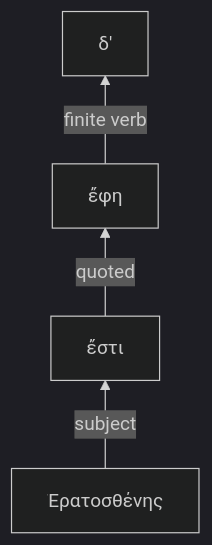
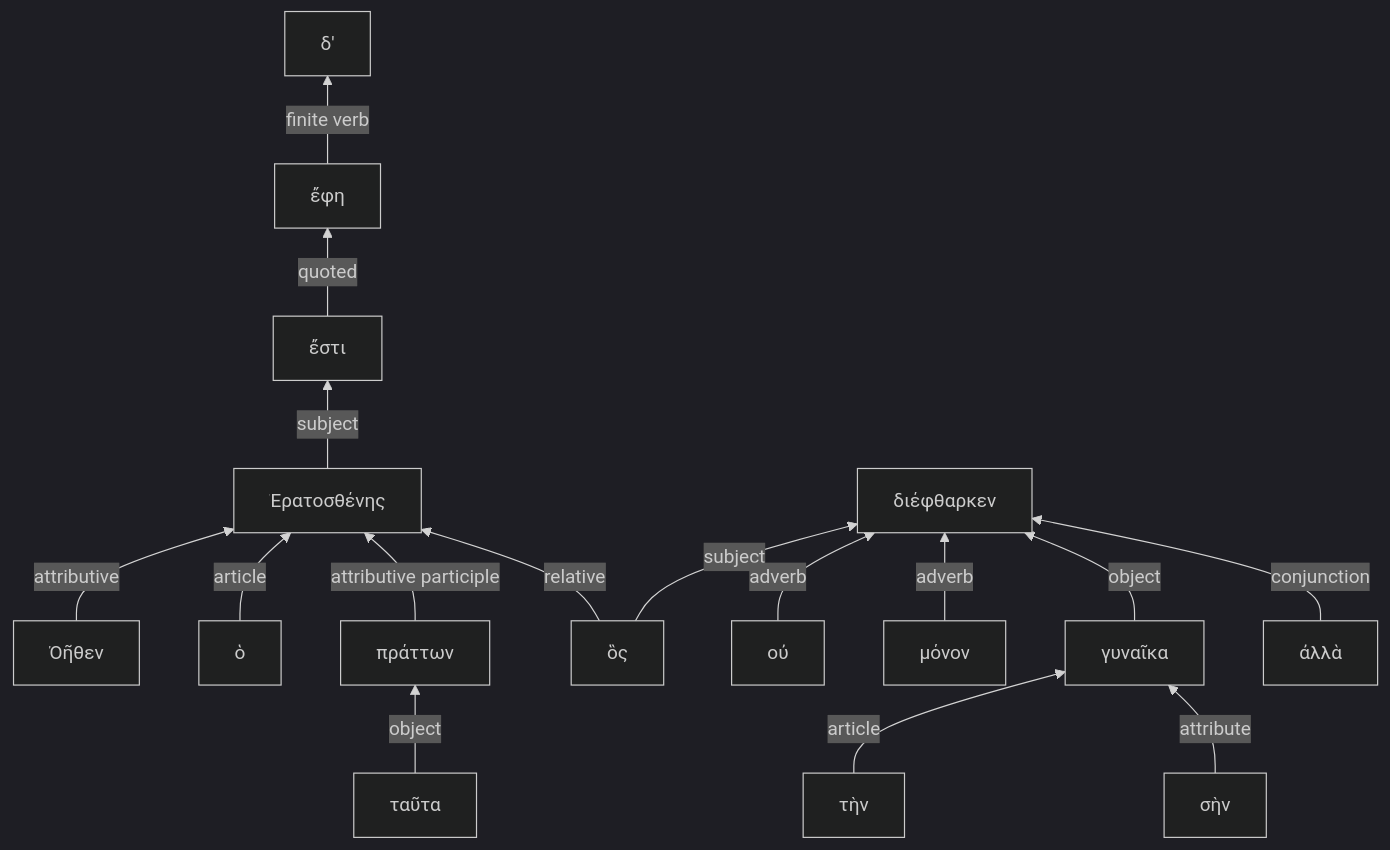
The diagram in example2.md (neelsmith/GreekAndLatinSyntax), drawn with Mermaid (dark theme) before and after one commit. The commit also changed other lines of this file, not shown here.

Commit message:
Work on example

````diff
--- a/example2.md
+++ b/example2.md
@@ -3,11 +3,31 @@
 ```mermaid
 graph BT;
 
 
 5142028[ἔφη] --> |finite verb| 5142027[δ'];
 
 
 5142026[ἔστι] --> |quoted| 5142028[ἔφη];
 5142029[Ἐρατοσθένης] --> |subject| 5142026[ἔστι];
 
+5142030[Ὀῆθεν] --> |attributive| 5142029[Ἐρατοσθένης];
+5142031[ὁ] --> |article| 5142029[Ἐρατοσθένης];
+
+5142033[πράττων] --> |attributive participle| 5142029[Ἐρατοσθένης];
+5142032[ταῦτα] --> |object| 5142033[πράττων] ;
+
+5142035[ὃς] --> |relative| 5142029[Ἐρατοσθένης];
+5142040[γυναῖκα] --> |object| 5142041[διέφθαρκεν];
+5142035[ὃς] -->  |subject| 5142041[διέφθαρκεν];
+5142036[οὐ] --> |adverb| 5142041[διέφθαρκεν];
+5142037[μόνον] --> |adverb| 5142041[διέφθαρκεν];
+5142038[τὴν] --> |article| 5142040[γυναῖκα];
+5142039[σὴν] --> |attribute| 5142040[γυναῖκα];
+
+
+5142042[ἀλλὰ] --> |conjunction| 5142041[διέφθαρκεν];
+
+
+
+
 ```
````
